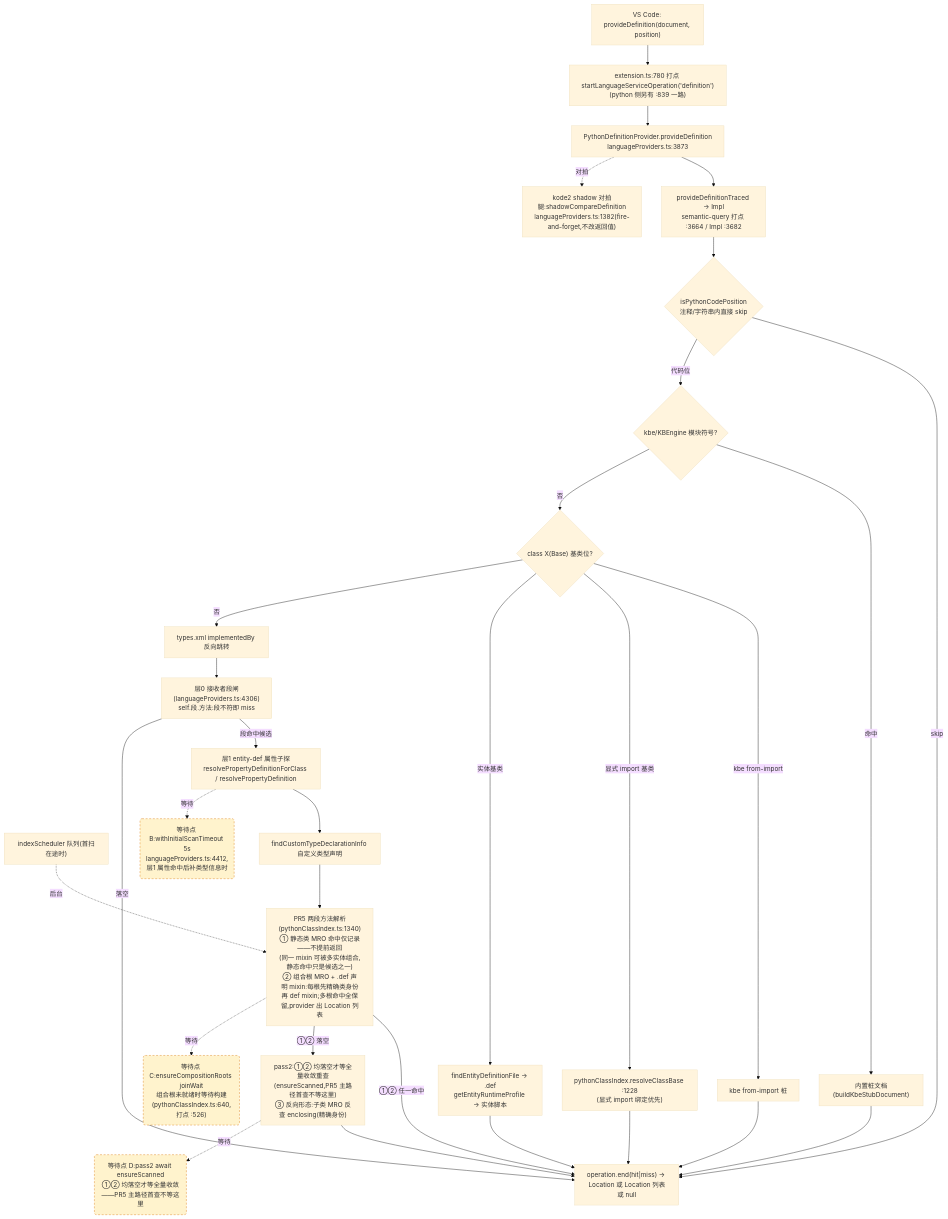
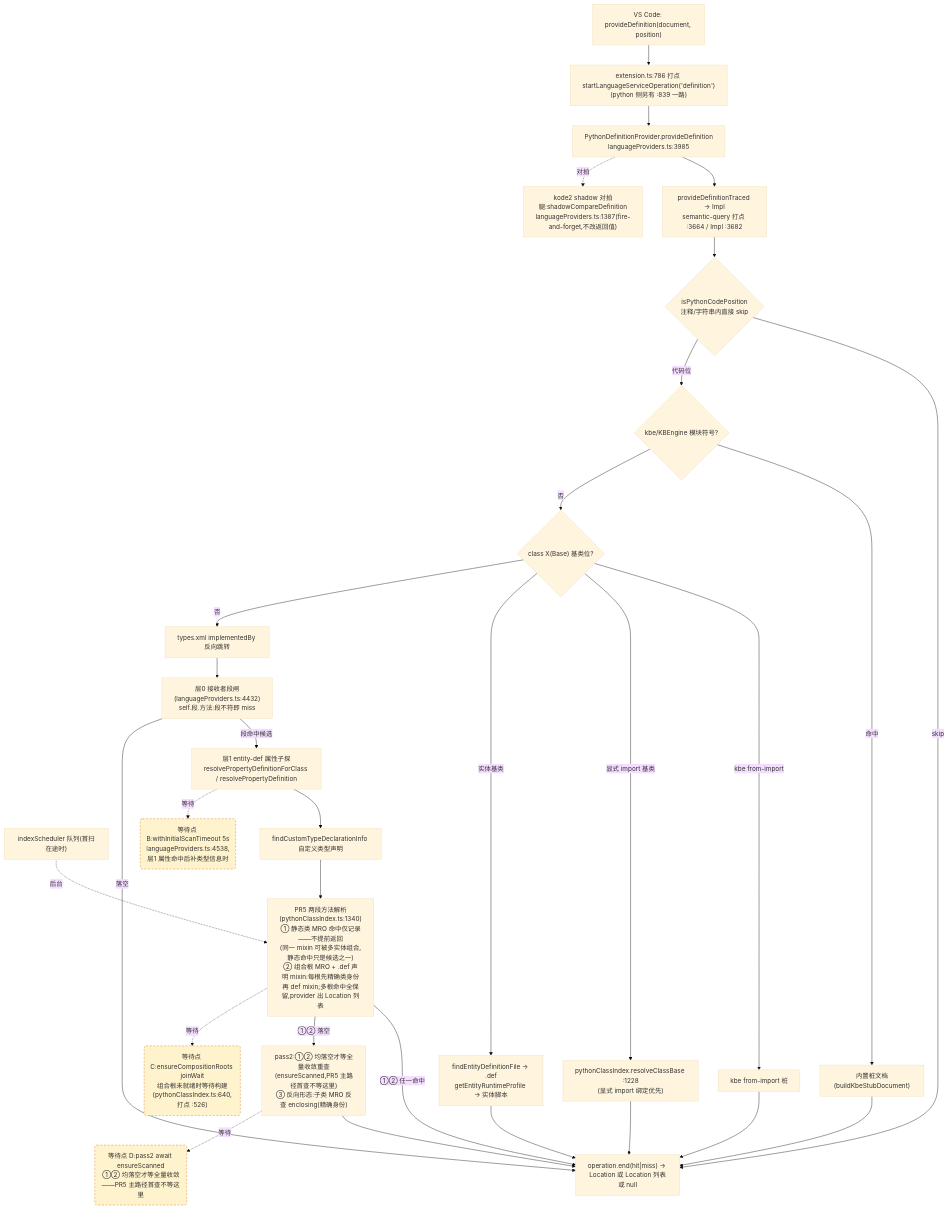
Before and after one commit to cuihairu/kode: the second of 4 diagrams in docs/perf/2026-baseline.md, drawn with Mermaid (base theme). The commit also changed other lines of this file and 12 other files, not shown here.

````diff
--- a/docs/perf/2026-baseline.md
+++ b/docs/perf/2026-baseline.md
@@ -130,51 +130,51 @@
 ```mermaid
 flowchart TD
   VC2["VS Code: provideDefinition(document, position)"]
-  M2["extension.ts:780 打点 startLanguageServiceOperation('definition')<br/>(python 侧另有 :839 一路)"]
-  AD2["PythonDefinitionProvider.provideDefinition<br/>languageProviders.ts:3873"]
+  M2["extension.ts:786 打点 startLanguageServiceOperation('definition')<br/>(python 侧另有 :839 一路)"]
+  AD2["PythonDefinitionProvider.provideDefinition<br/>languageProviders.ts:3985"]
   TR["provideDefinitionTraced → Impl<br/>semantic-query 打点 :3664 / Impl :3682"]
   CTX{"isPythonCodePosition<br/>注释/字符串内直接 skip"}
   KBE{"kbe/KBEngine 模块符号?"}
   STUB["内置桩文档(buildKbeStubDocument)"]
   CB{"class X(Base) 基类位?"}
   CB1["kbe from-import 桩"]
   CB2["pythonClassIndex.resolveClassBase :1228<br/>(显式 import 绑定优先)"]
   CB3["findEntityDefinitionFile → .def<br/>getEntityRuntimeProfile → 实体脚本"]
   REV["types.xml implementedBy 反向跳转"]
-  L0["层0 接收者段闸(languageProviders.ts:4306)<br/>self.段.方法:段不符即 miss"]
+  L0["层0 接收者段闸(languageProviders.ts:4432)<br/>self.段.方法:段不符即 miss"]
   L1["层1 entity-def 属性子探<br/>resolvePropertyDefinitionForClass / resolvePropertyDefinition"]
   SCAN["indexScheduler 队列(首扫在途时)"]
   TY["findCustomTypeDeclarationInfo 自定义类型声明"]
   MRO["PR5 两段方法解析(pythonClassIndex.ts:1340)<br/>① 静态类 MRO 命中仅记录——不提前返回<br/>(同一 mixin 可被多实体组合,静态命中只是候选之一)<br/>② 组合根 MRO + .def 声明 mixin:每根先精确类身份<br/>再 def mixin;多根命中全保留,provider 出 Location 列表"]
   PASS2["pass2:①② 均落空才等全量收敛重查<br/>(ensureScanned,PR5 主路径首查不等这里)<br/>③ 反向形态:子类 MRO 反查 enclosing(精确身份)"]
-  SHD["kode2 shadow 对拍腿:shadowCompareDefinition<br/>languageProviders.ts:1382(fire-and-forget,不改返回值)"]
+  SHD["kode2 shadow 对拍腿:shadowCompareDefinition<br/>languageProviders.ts:1387(fire-and-forget,不改返回值)"]
   END2["operation.end(hit|miss) → Location 或 Location 列表或 null"]
 
   VC2 --> M2 --> AD2 --> TR --> CTX
   CTX -- "skip" --> END2
   CTX -- "代码位" --> KBE
   KBE -- "命中" --> STUB --> END2
   KBE -- "否" --> CB
   CB -- "kbe from-import" --> CB1 --> END2
   CB -- "显式 import 基类" --> CB2 --> END2
   CB -- "实体基类" --> CB3 --> END2
   CB -- "否" --> REV --> L0
   L0 -- "段命中候选" --> L1
   L0 -- "落空" --> END2
   L1 --> TY
   TY --> MRO
   MRO -- "①② 任一命中" --> END2
   MRO -- "①② 落空" --> PASS2 --> END2
   AD2 -.->|对拍| SHD
 
-  WAITB("等待点 B:withInitialScanTimeout 5s<br/>languageProviders.ts:4412,层1 属性命中后补类型信息时")
+  WAITB("等待点 B:withInitialScanTimeout 5s<br/>languageProviders.ts:4538,层1 属性命中后补类型信息时")
   WAITC("等待点 C:ensureCompositionRoots joinWait<br/>组合根未就绪时等待构建(pythonClassIndex.ts:640,打点 :526)")
   WAITD("等待点 D:pass2 await ensureScanned<br/>①② 均落空才等全量收敛——PR5 主路径首查不等这里")
   L1 -.->|等待| WAITB
   MRO -.->|等待| WAITC
   PASS2 -.->|等待| WAITD
   SCAN -.->|后台| MRO
 
   classDef waitPoint fill:#fff3cd,stroke:#d97706,stroke-dasharray:5 4;
   class WAITB,WAITC,WAITD waitPoint;
 ```
````
